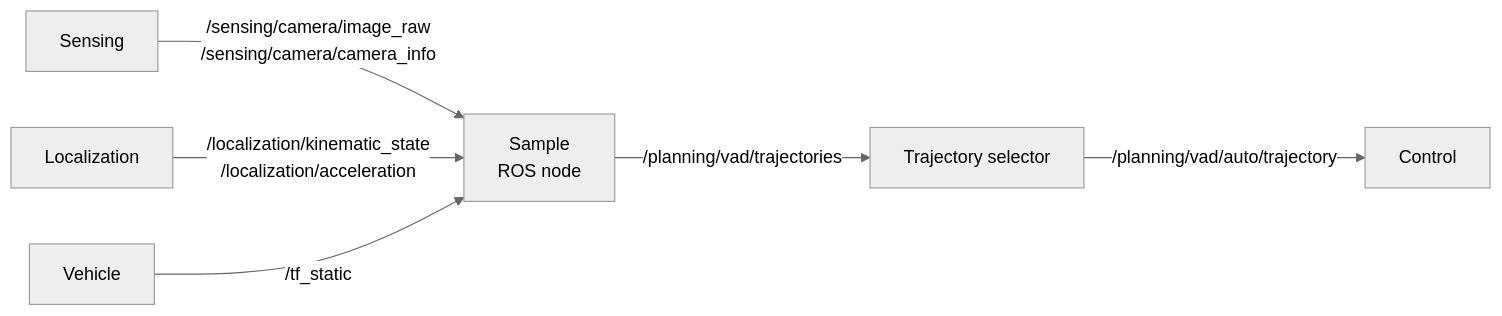
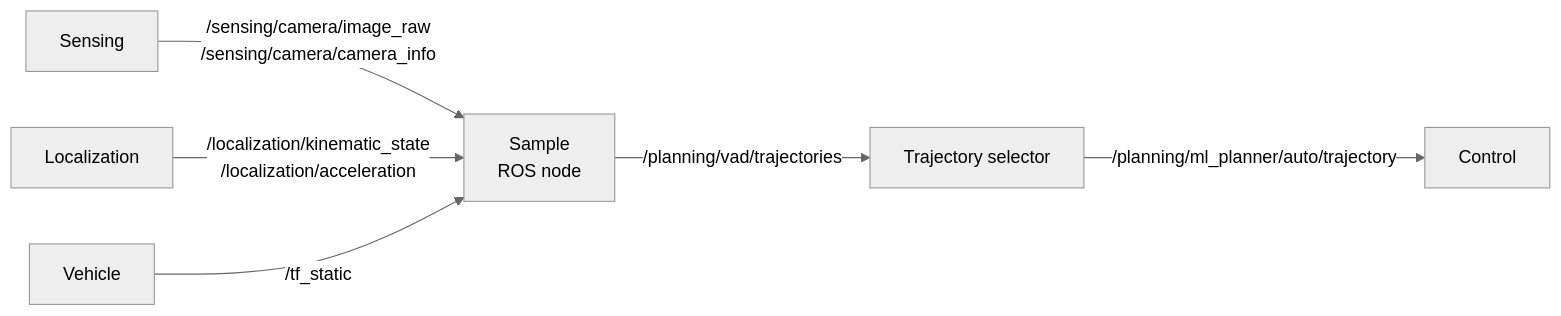
The first of 2 diagrams in docs/ml_sample/design.md (AutomotiveAIChallenge/aichallenge-documentation-racingkart), drawn with Mermaid (neutral theme) before and after one commit. The commit also changed other lines of this file and 1 other file, not shown here.

````diff
--- a/docs/ml_sample/design.md
+++ b/docs/ml_sample/design.md
@@ -17,12 +17,12 @@
 ```mermaid
 graph LR
     SampleNode["Sample<br>ROS node"]
     TrajectorySelection["Trajectory selector"]
     
     Sensing -- "/sensing/camera/image_raw<br>/sensing/camera/camera_info" --> SampleNode
     Localization -- "/localization/kinematic_state<br>/localization/acceleration" --> SampleNode
     Vehicle -- "/tf_static" --> SampleNode
     
     SampleNode -- "/planning/vad/trajectories<br>" --> TrajectorySelection
-    TrajectorySelection -- "/planning/vad/auto/trajectory<br>" --> Control
+    TrajectorySelection -- "/planning/ml_planner/auto/trajectory<br>" --> Control
 ```
````
